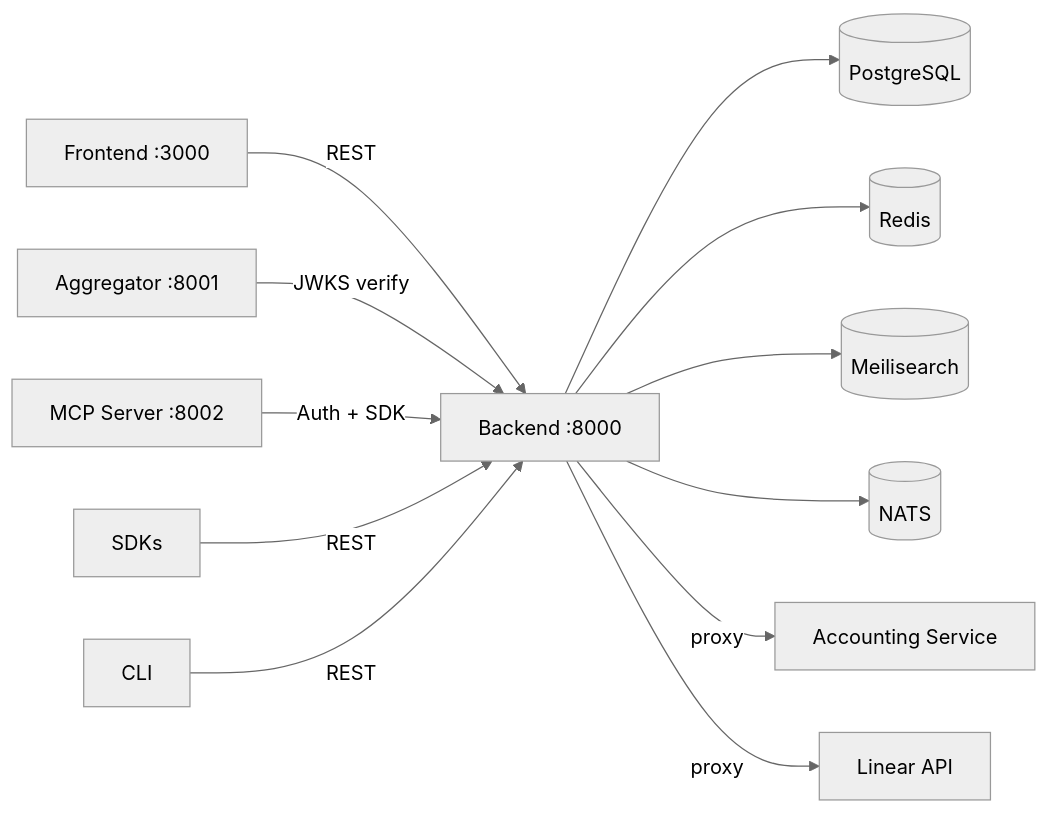
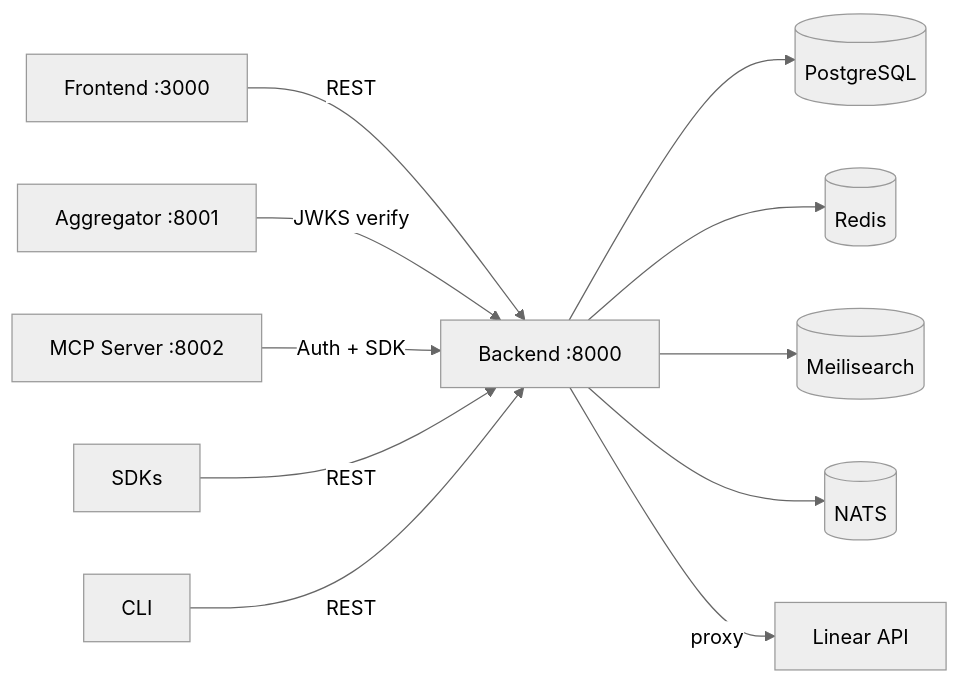
Before and after one commit to OpenMined/syfthub: the first of 7 diagrams in docs/architecture/components/backend.md, drawn with Mermaid (neutral theme). The commit also changed other lines of this file and 16 other files, not shown here.

````diff
--- a/docs/architecture/components/backend.md
+++ b/docs/architecture/components/backend.md
@@ -12,14 +12,13 @@
 ```mermaid
 graph LR
     FE[Frontend :3000] -->|REST| BE[Backend :8000]
     AGG[Aggregator :8001] -->|JWKS verify| BE
     MCP[MCP Server :8002] -->|Auth + SDK| BE
     SDK[SDKs] -->|REST| BE
     CLI[CLI] -->|REST| BE
     BE --> PG[(PostgreSQL)]
     BE --> RD[(Redis)]
     BE --> MS[(Meilisearch)]
     BE --> NATS[(NATS)]
-    BE -->|proxy| ACCT[Accounting Service]
     BE -->|proxy| LIN[Linear API]
 ```
````
